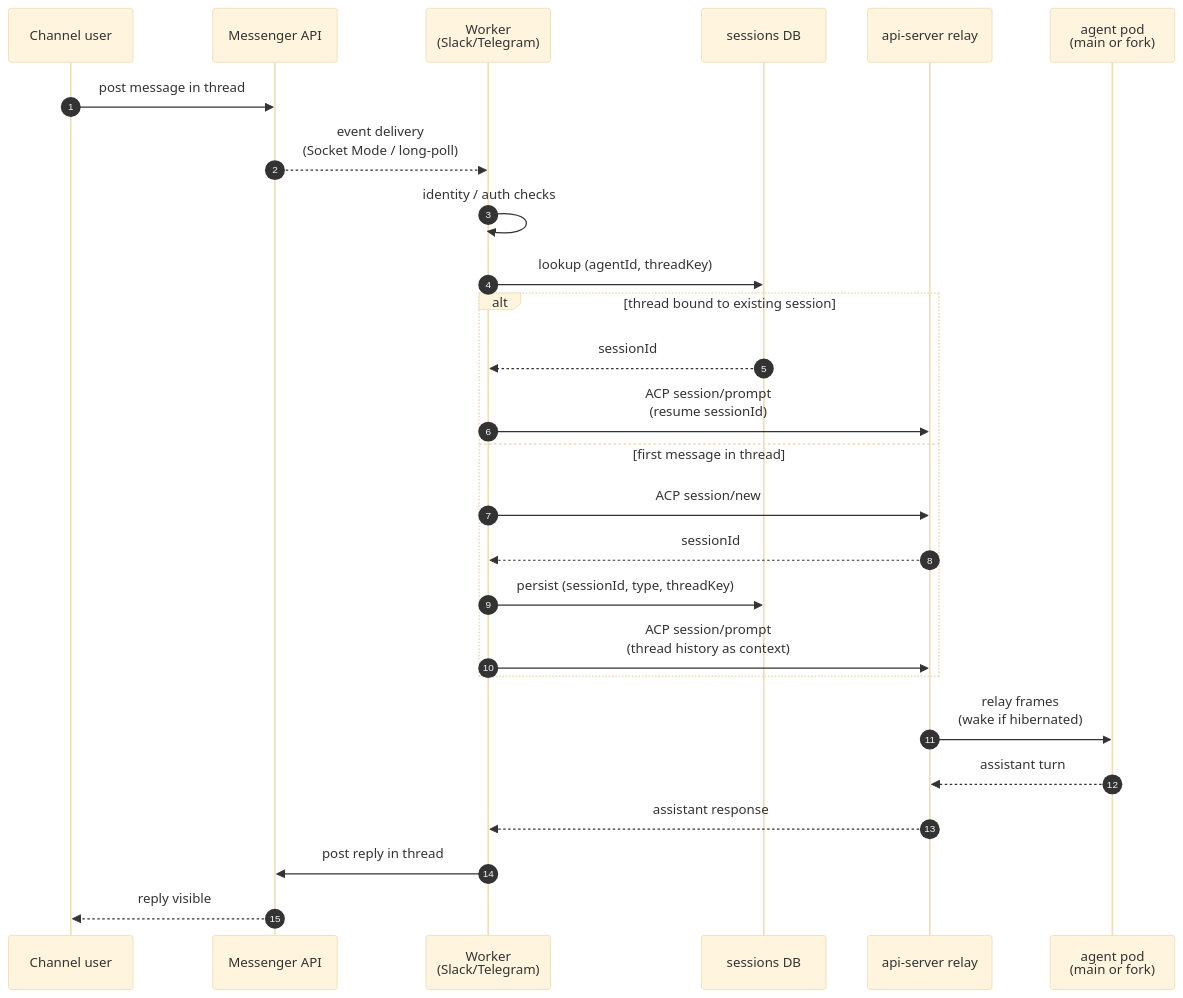
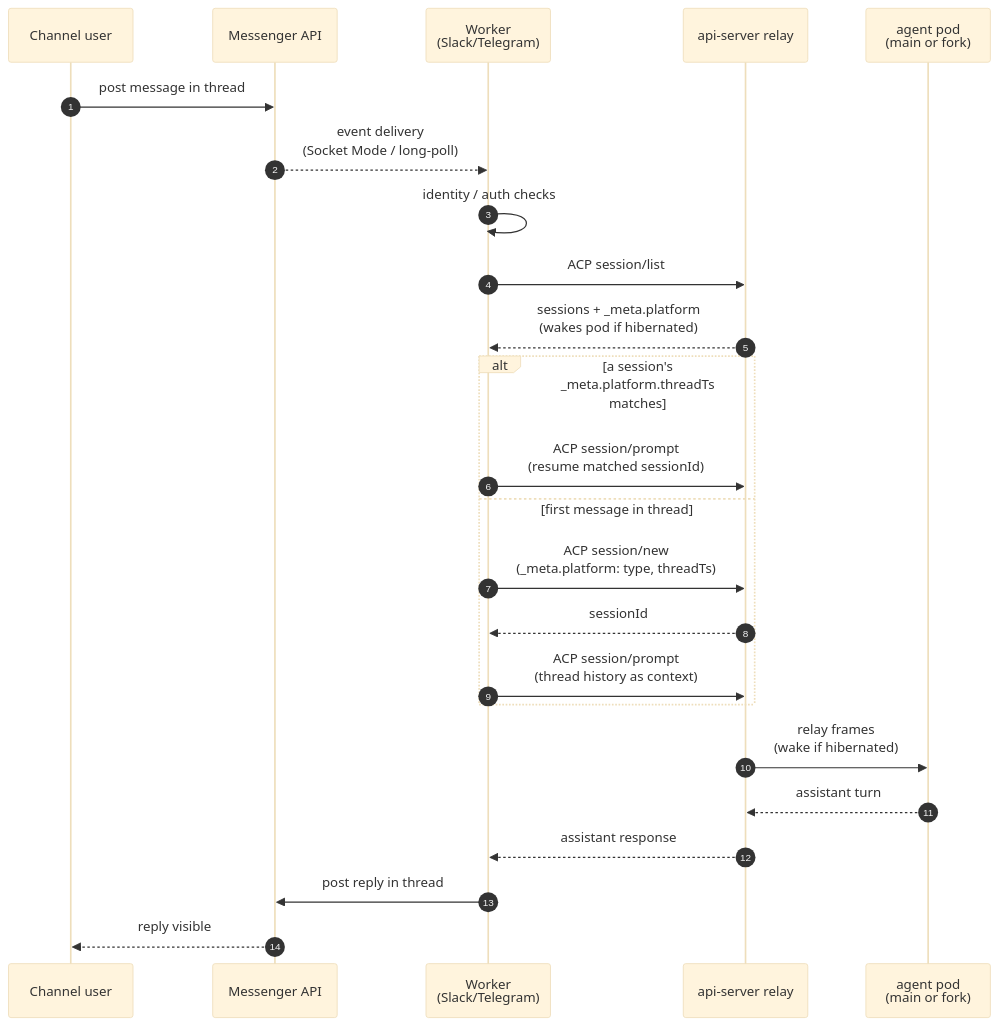
One commit to subbyte/dam changed the third of 4 diagrams in docs/architecture/channels.md. Above: the diagram before and after it, drawn with Mermaid (base theme). The commit also changed other lines of this file and 74 other files, not shown here.

First line of the commit message:
feat: agent-owned session metadata via ACP _meta — no server-side session store (ADR-055) (#420)

````diff
--- a/docs/architecture/channels.md
+++ b/docs/architecture/channels.md
@@ -135,29 +131,27 @@
 ```mermaid
 sequenceDiagram
   autonumber
   participant U as Channel user
   participant M as Messenger API
   participant W as Worker<br/>(Slack/Telegram)
-  participant DB as sessions DB
   participant API as api-server relay
   participant POD as agent pod<br/>(main or fork)
 
   U->>M: post message in thread
   M-->>W: event delivery<br/>(Socket Mode / long-poll)
   W->>W: identity / auth checks
-  W->>DB: lookup (agentId, threadKey)
-  alt thread bound to existing session
-    DB-->>W: sessionId
-    W->>API: ACP session/prompt<br/>(resume sessionId)
+  W->>API: ACP session/list
+  API-->>W: sessions + _meta.platform<br/>(wakes pod if hibernated)
+  alt a session's _meta.platform.threadTs matches
+    W->>API: ACP session/prompt<br/>(resume matched sessionId)
   else first message in thread
-    W->>API: ACP session/new
+    W->>API: ACP session/new<br/>(_meta.platform: type, threadTs)
     API-->>W: sessionId
-    W->>DB: persist (sessionId, type, threadKey)
     W->>API: ACP session/prompt<br/>(thread history as context)
   end
   API->>POD: relay frames<br/>(wake if hibernated)
   POD-->>API: assistant turn
   API-->>W: assistant response
   W->>M: post reply in thread
   M-->>U: reply visible
 ```
````
